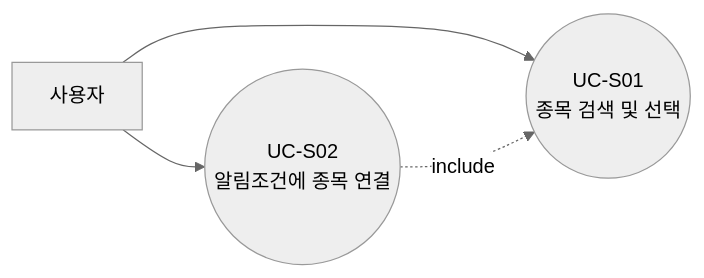
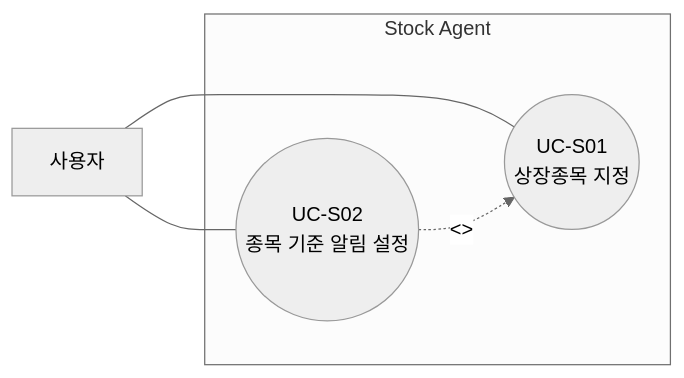
Before and after one commit to PhilPark-geosr/stock-agent: the first of 6 diagrams in design/stock_search_recommendation_design.md, drawn with Mermaid (neutral theme). The commit also changed other lines of this file and 1 other file, not shown here.

Commit message:
docs: revise stock search design after review

````diff
--- a/design/stock_search_recommendation_design.md
+++ b/design/stock_search_recommendation_design.md
@@ -31,10 +40,13 @@
 ```mermaid
 flowchart LR
     User["사용자"]
-    UC1(("UC-S01<br/>종목 검색 및 선택"))
-    UC2(("UC-S02<br/>알림조건에 종목 연결"))
 
-    User --> UC1
-    User --> UC2
-    UC2 -. "include" .-> UC1
+    subgraph System["Stock Agent"]
+        UC1(("UC-S01<br/>상장종목 지정"))
+        UC2(("UC-S02<br/>종목 기준 알림 설정"))
+    end
+
+    User --- UC1
+    User --- UC2
+    UC2 -. "<<include>>" .-> UC1
 ```
````
